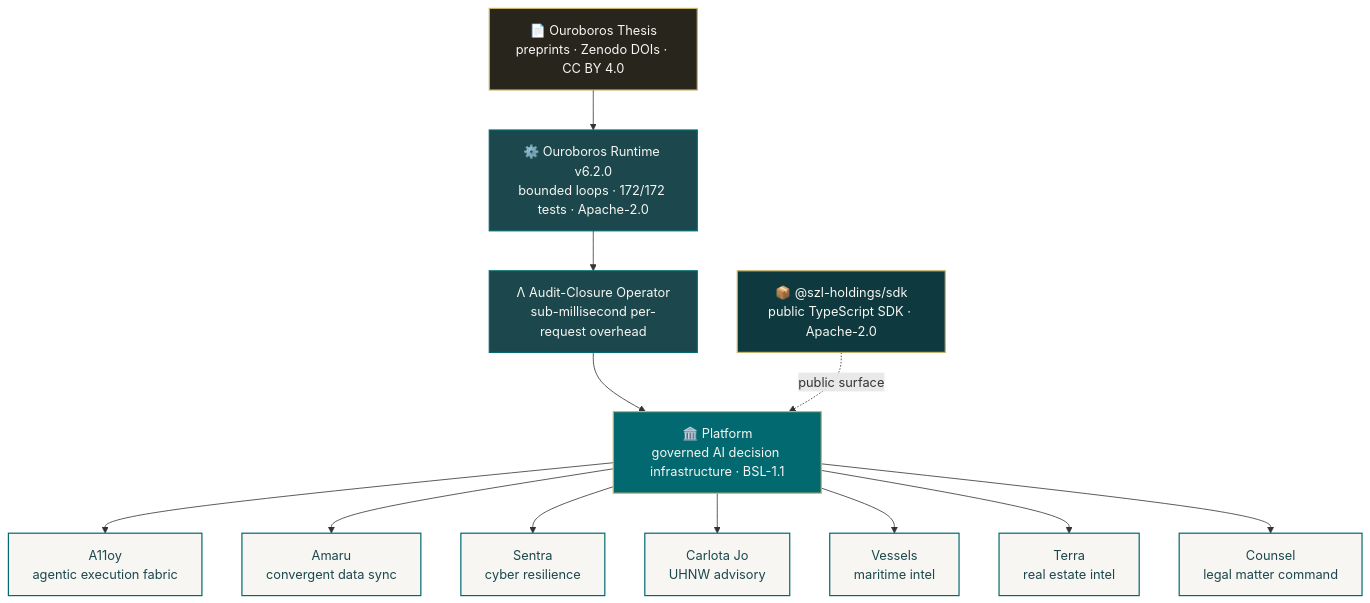
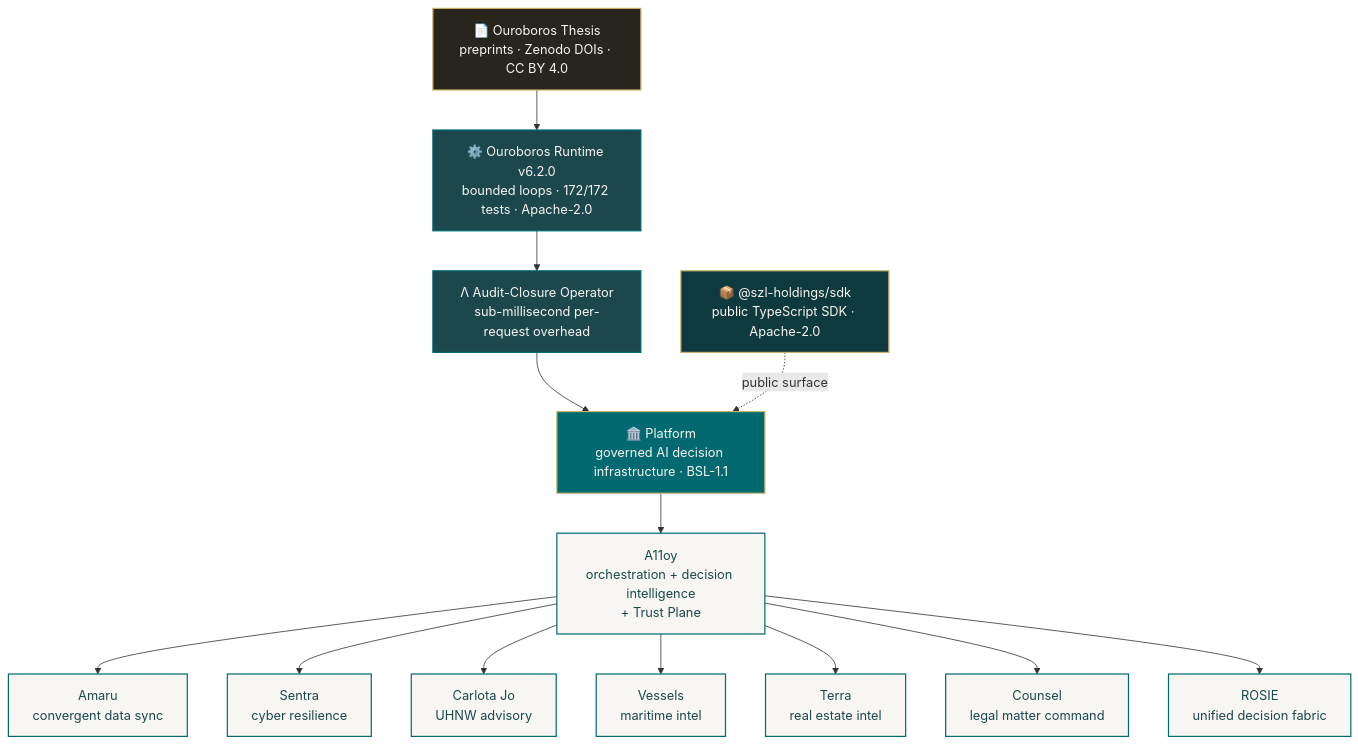
One commit to szl-holdings/.github changed the diagram in profile/README.md. Above: the diagram before and after it, drawn with Mermaid. The commit also changed other lines of this file, not shown here.

````diff
--- a/profile/README.md
+++ b/profile/README.md
@@ -41,32 +41,34 @@
 ```mermaid
 flowchart TD
     classDef research fill:#28251D,stroke:#C8B26A,color:#F7F6F2,stroke-width:1.5px;
     classDef runtime  fill:#1B474D,stroke:#01696F,color:#F7F6F2,stroke-width:1.5px;
     classDef sdk      fill:#0E3A3F,stroke:#C8B26A,color:#F7F6F2,stroke-width:1.5px;
     classDef platform fill:#01696F,stroke:#C8B26A,color:#F7F6F2,stroke-width:1.5px;
     classDef surface  fill:#F7F6F2,stroke:#01696F,color:#1B474D,stroke-width:1.5px;
 
     T["📄 Ouroboros Thesis<br/>preprints · Zenodo DOIs · CC BY 4.0"]:::research
     R["⚙️ Ouroboros Runtime v6.2.0<br/>bounded loops · 172/172 tests · Apache-2.0"]:::runtime
     L["Λ Audit-Closure Operator<br/>sub-millisecond per-request overhead"]:::runtime
     SDK["📦 @szl-holdings/sdk<br/>public TypeScript SDK · Apache-2.0"]:::sdk
     P["🏛️ Platform<br/>governed AI decision infrastructure · BSL-1.1"]:::platform
 
-    A["A11oy<br/>agentic execution fabric"]:::surface
+    A["A11oy<br/>orchestration + decision intelligence<br/>+ Trust Plane"]:::surface
     AM["Amaru<br/>convergent data sync"]:::surface
     S["Sentra<br/>cyber resilience"]:::surface
     CJ["Carlota Jo<br/>UHNW advisory"]:::surface
     V["Vessels<br/>maritime intel"]:::surface
     TE["Terra<br/>real estate intel"]:::surface
     C["Counsel<br/>legal matter command"]:::surface
+    RO["ROSIE<br/>unified decision fabric"]:::surface
 
     T --> R --> L --> P
     SDK -.public surface.-> P
     P --> A
-    P --> AM
-    P --> S
-    P --> CJ
-    P --> V
-    P --> TE
-    P --> C
+    A --> AM
+    A --> S
+    A --> CJ
+    A --> V
+    A --> TE
+    A --> C
+    A --> RO
 ```
````
